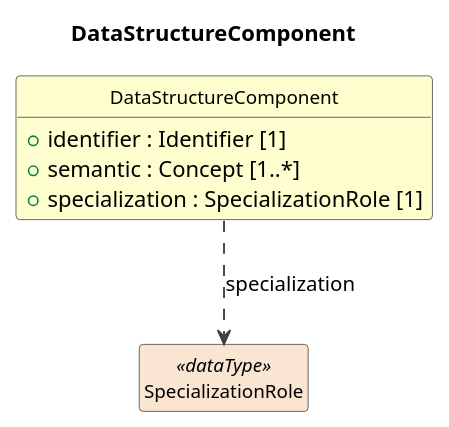
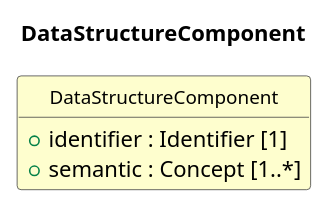
The diagram in build/plantuml/cdifDataStructure/Classes/DataStructureComponent.pu (Cross-Domain-Interoperability-Framework/metadataBuildingBlocks), drawn with PlantUML before and after one commit. The commit also changed 151 other files, not shown here.

```diff
--- a/build/plantuml/cdifDataStructure/Classes/DataStructureComponent.pu
+++ b/build/plantuml/cdifDataStructure/Classes/DataStructureComponent.pu
@@ -1,21 +1,18 @@
 @startuml
 title DataStructureComponent
 hide circle
 hide empty members
 skinparam shadowing false
 skinparam ArrowThickness 1.2
 skinparam class {
   ArrowColor #404040
   BorderColor #404040
   FontSize 12
 }
 
 class "DataStructureComponent" as DataStructureComponent #FEFECE {
   +identifier : Identifier [1]
   +semantic : Concept [1..*]
-  +specialization : SpecializationRole [1]
 }
-class "SpecializationRole" as SpecializationRole <<dataType>> #FAE5D3
-DataStructureComponent ..> SpecializationRole : specialization
 
 @enduml
```
